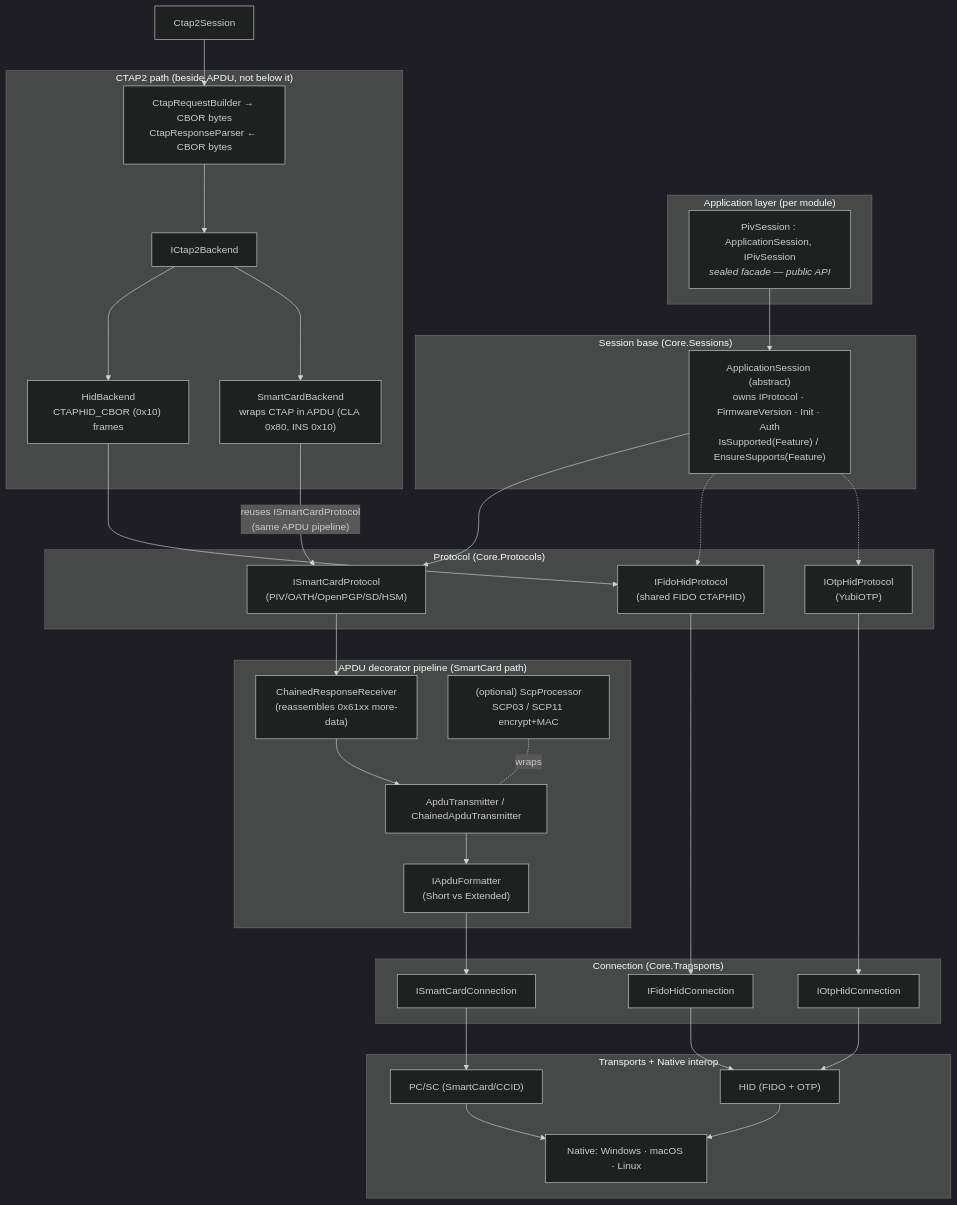
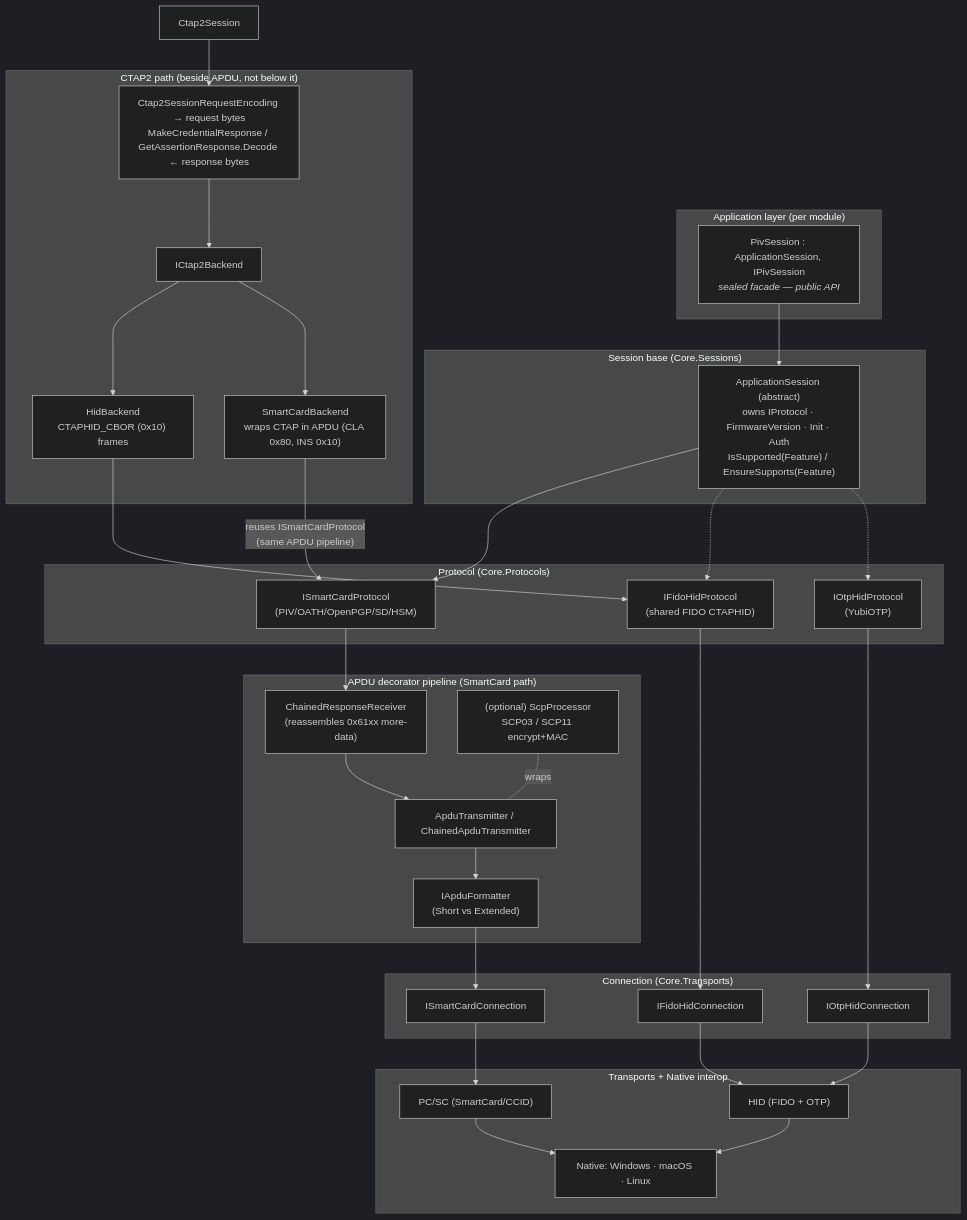
Before and after one commit to Yubico/Yubico.NET.SDK: the third of 7 diagrams in docs/architecture/sdk-architecture-diagrams.md, drawn with Mermaid (dark theme). The commit also changed other lines of this file and 708 other files, not shown here.

````diff
--- a/docs/architecture/sdk-architecture-diagrams.md
+++ b/docs/architecture/sdk-architecture-diagrams.md
@@ -92,66 +92,66 @@
 ```mermaid
 flowchart TD
     subgraph AppLayer["Application layer (per module)"]
         Sess["PivSession : ApplicationSession, IPivSession<br/><i>sealed facade — public API</i>"]
     end
 
     subgraph BaseLayer["Session base (Core.Sessions)"]
         Base["ApplicationSession (abstract)<br/>owns IProtocol · FirmwareVersion · Init · Auth<br/>IsSupported(Feature) / EnsureSupports(Feature)"]
     end
 
     subgraph ProtoLayer["Protocol (Core.Protocols)"]
         SCProto["ISmartCardProtocol<br/>(PIV/OATH/OpenPGP/SD/HSM)"]
         FidoProto["IFidoHidProtocol<br/>(shared FIDO CTAPHID)"]
         OtpProto["IOtpHidProtocol<br/>(YubiOTP)"]
     end
 
     subgraph PipeLayer["APDU decorator pipeline (SmartCard path)"]
         Recv["ChainedResponseReceiver<br/>(reassembles 0x61xx more-data)"]
         Xmit["ApduTransmitter / ChainedApduTransmitter"]
         Fmt["IApduFormatter<br/>(Short vs Extended)"]
         Scp["(optional) ScpProcessor<br/>SCP03 / SCP11 encrypt+MAC"]
         Recv --> Xmit --> Fmt
         Scp -.wraps.- Xmit
     end
 
     subgraph CtapLayer["CTAP2 path (beside APDU, not below it)"]
-        CborB["CtapRequestBuilder → CBOR bytes<br/>CtapResponseParser ← CBOR bytes"]
+        CborB["Ctap2SessionRequestEncoding → request bytes<br/>MakeCredentialResponse / GetAssertionResponse.Decode ← response bytes"]
         FBack["ICtap2Backend"]
         HidB["HidBackend<br/>CTAPHID_CBOR (0x10) frames"]
         ScB["SmartCardBackend<br/>wraps CTAP in APDU (CLA 0x80, INS 0x10)"]
         CborB --> FBack
         FBack --> HidB
         FBack --> ScB
     end
 
     subgraph ConnLayer["Connection (Core.Transports)"]
         SCConn["ISmartCardConnection"]
         FidoConn["IFidoHidConnection"]
         OtpConn["IOtpHidConnection"]
     end
 
     subgraph NativeLayer["Transports + Native interop"]
         Pcsc["PC/SC (SmartCard/CCID)"]
         Hid["HID (FIDO + OTP)"]
         Nat["Native: Windows · macOS · Linux"]
     end
 
     Sess --> Base
     Base --> SCProto
     Base -.-> FidoProto
     Base -.-> OtpProto
     SCProto --> Recv
     Fmt --> SCConn
     FidoProto --> FidoConn
     OtpProto --> OtpConn
     SCConn --> Pcsc
     FidoConn --> Hid
     OtpConn --> Hid
     Pcsc --> Nat
     Hid --> Nat
 
     %% CTAP2 path wiring — note ScB rejoins the SmartCard pipeline
     FidoSess["Ctap2Session"] --> CborB
     ScB -->|"reuses ISmartCardProtocol<br/>(same APDU pipeline)"| SCProto
     HidB --> FidoProto
 ```
````
